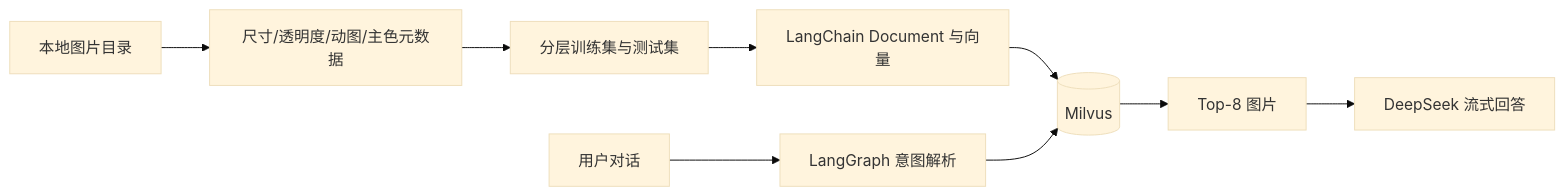
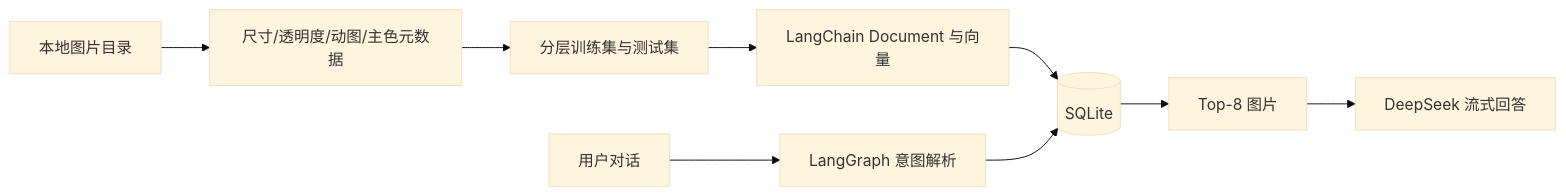
The diagram in README.md (Kydon-ai/IMGM), drawn with Mermaid (base theme) before and after one commit. The commit also changed other lines of this file and 24 other files, not shown here.

````diff
--- a/README.md
+++ b/README.md
@@ -191,11 +191,11 @@
 ```mermaid
 flowchart LR
     A[本地图片目录] --> B[尺寸/透明度/动图/主色元数据]
     B --> C[分层训练集与测试集]
     C --> D[LangChain Document 与向量]
-    D --> E[(Milvus)]
+    D --> E[(SQLite)]
     F[用户对话] --> G[LangGraph 意图解析]
     G --> E
     E --> H[Top-8 图片]
     H --> I[DeepSeek 流式回答]
 ```
````
